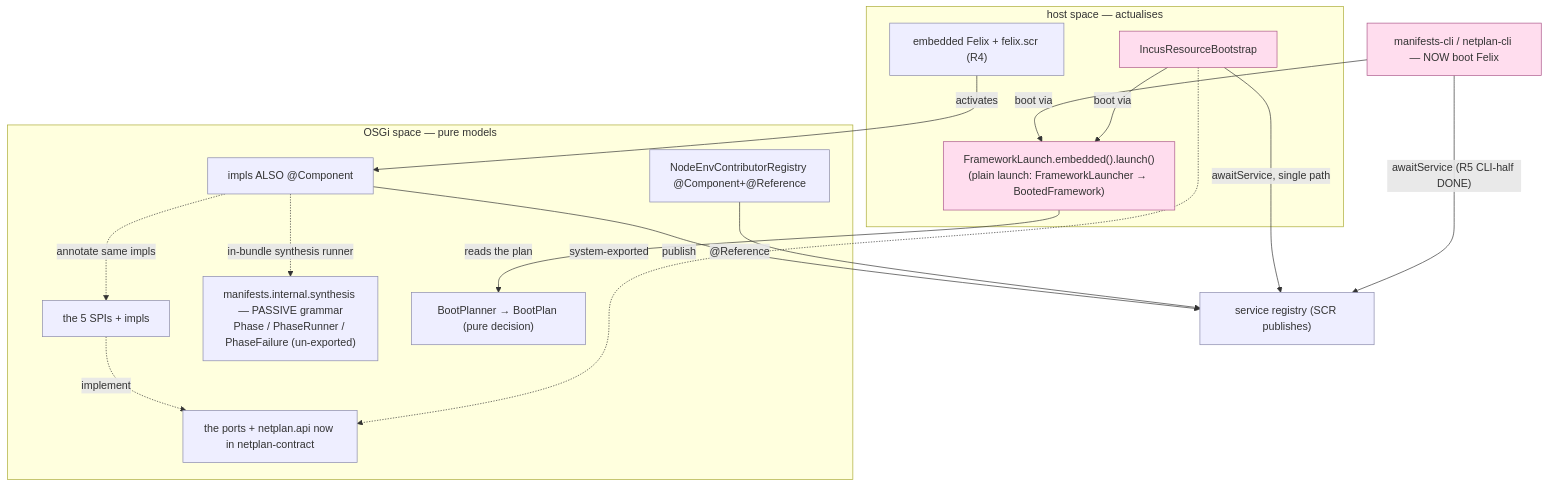
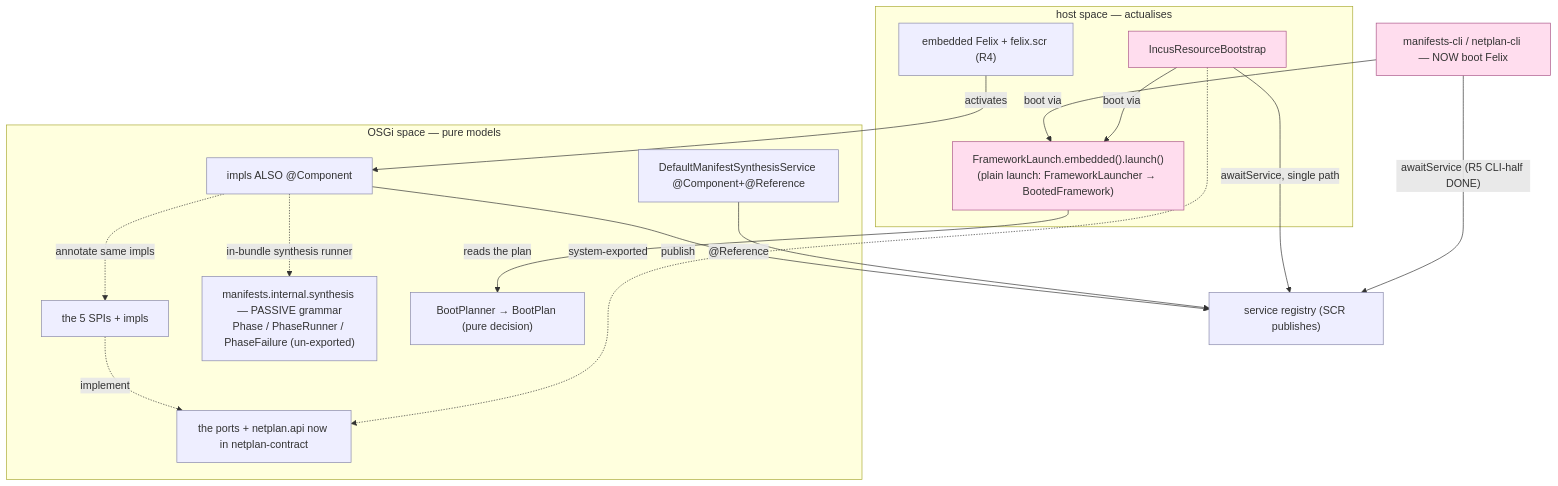
One commit to nxmatic/rke2lab changed the fourth of 4 diagrams in docs/architecture/atlas/runtime.adoc. Above: the diagram before and after it, drawn with Mermaid. The commit also changed other lines of this file and 114 other files, not shown here.

```diff
--- a/docs/architecture/atlas/runtime.adoc
+++ b/docs/architecture/atlas/runtime.adoc
@@ -228,34 +228,34 @@
 [mermaid]
 ....
 flowchart TB
   subgraph OSGI["OSGi space — pure models"]
     bapi["the ports + netplan.api now in netplan-contract"]:::osgi
     spi["the 5 SPIs + impls"]:::osgi
     comp["impls ALSO @Component"]:::osgi
-    reg2["NodeEnvContributorRegistry @Component+@Reference"]:::osgi
+    reg2["DefaultManifestSynthesisService @Component+@Reference"]:::osgi
     pc["manifests.internal.synthesis — PASSIVE grammar<br/>Phase / PhaseRunner / PhaseFailure (un-exported)"]:::osgi
     plan["BootPlanner → BootPlan (pure decision)"]:::osgi
   end
   subgraph HOST["host space — actualises"]
     seam0["IncusResourceBootstrap"]:::host
     fx["embedded Felix + felix.scr (R4)"]:::osgi
     flp["FrameworkLaunch.embedded().launch()<br/>(plain launch: FrameworkLauncher → BootedFramework)"]:::host
   end
   cli["manifests-cli / netplan-cli — NOW boot Felix"]:::host
   reg["service registry (SCR publishes)"]:::osgi
   comp -.->|annotate same impls| spi
   fx -->|activates| comp
   comp -->|publish| reg
   seam0 -->|"awaitService, single path"| reg
   reg2 -->|"@Reference"| reg
   cli -->|"awaitService (R5 CLI-half DONE)"| reg
   cli -->|boot via| flp
   seam0 -->|boot via| flp
   flp -->|"reads the plan"| plan
   comp -.->|"in-bundle synthesis runner"| pc
   spi -.->|implement| bapi
   seam0 -.->|"system-exported"| bapi
   classDef osgi fill:#eef,stroke:#88a,stroke-width:1px;
   classDef host fill:#fde,stroke:#a58,stroke-width:1px;
   classDef neu fill:#dfd,stroke:#2a2,stroke-width:3px;
 ....
```
